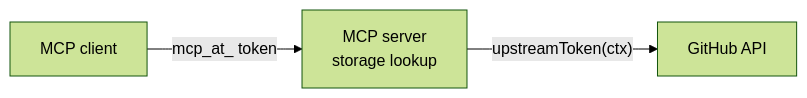
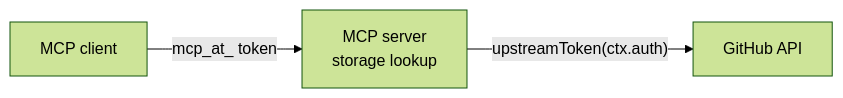
The third of 3 diagrams in docs/v2/typescript/server/authentication/providers/oauth-proxy.mdx (mcp-use/mcp-use), drawn with Mermaid (forest theme) before and after one commit. The commit also changed other lines of this file and 2 other files, not shown here.

First line of the commit message:
docs(v2): upstreamToken takes ctx.auth

````diff
--- a/docs/v2/typescript/server/authentication/providers/oauth-proxy.mdx
+++ b/docs/v2/typescript/server/authentication/providers/oauth-proxy.mdx
@@ -489,5 +489,5 @@
 ```mermaid
 flowchart LR
   C2["MCP client"] -- "mcp_at_ token" --> S2["MCP server<br/>storage lookup"]
-  S2 -- "upstreamToken(ctx)" --> G2["GitHub API"]
+  S2 -- "upstreamToken(ctx.auth)" --> G2["GitHub API"]
 ```
````
